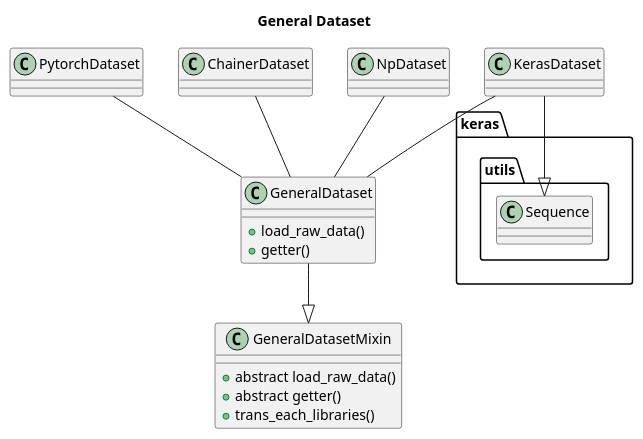
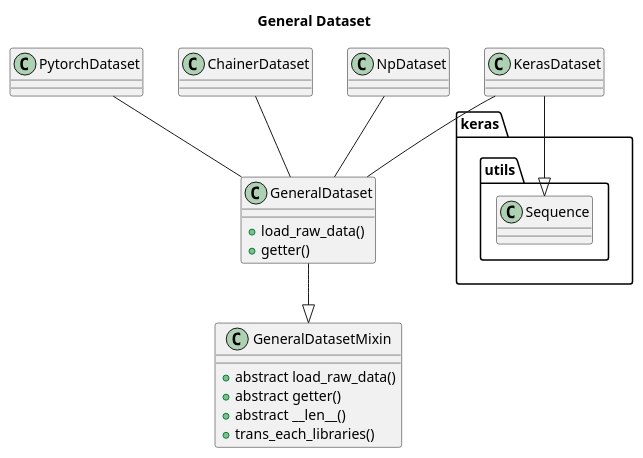
The diagram in figure_of_class.pu (foo2810/GeneralDataset), drawn with PlantUML before and after one commit. The commit also changed 2 other files, not shown here.

```diff
--- a/figure_of_class.pu
+++ b/figure_of_class.pu
@@ -1,34 +1,35 @@
 title General Dataset
 
 class GeneralDatasetMixin {
     +abstract load_raw_data()
     +abstract getter()
+    +abstract __len__()
     +trans_each_libraries()
 }
 
 class GeneralDataset {
     +load_raw_data()
     +getter()
 }
 
 class keras.utils.Sequence {
 }
 
 class KerasDataset {
 }
 
 class PytorchDataset {
 }
 
 class ChainerDataset {
 }
 
 class NpDataset {
 }
 
 GeneralDataset --|> GeneralDatasetMixin
 KerasDataset -- GeneralDataset
 KerasDataset --|> keras.utils.Sequence
 PytorchDataset -- GeneralDataset
 ChainerDataset -- GeneralDataset
 NpDataset -- GeneralDataset
```
